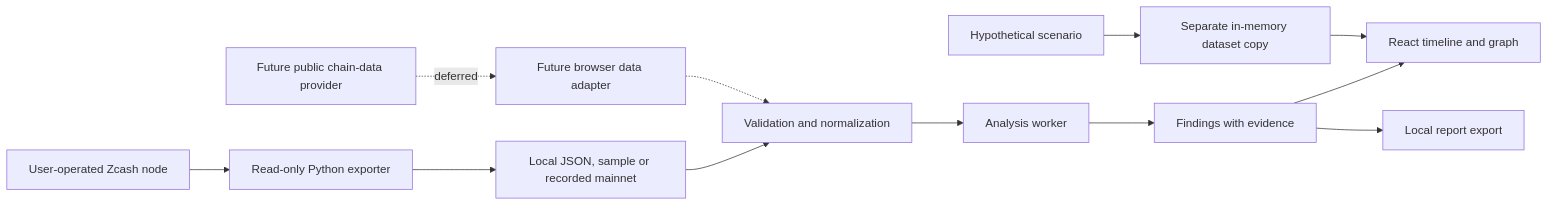
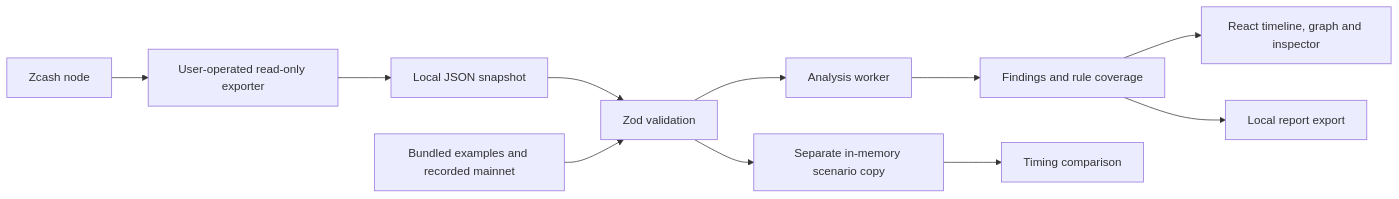
The diagram in ARCHITECTURE.md (techbone/Ostrakon), drawn with Mermaid before and after one commit. The commit also changed other lines of this file and 28 other files, not shown here.

````diff
--- a/ARCHITECTURE.md
+++ b/ARCHITECTURE.md
@@ -34,14 +9,13 @@
 ```mermaid
 flowchart LR
-  A[Future public chain-data provider] -. deferred .-> B[Future browser data adapter]
-  C[Local JSON, sample or recorded mainnet] --> D[Validation and normalization]
-  K[User-operated Zcash node] --> L[Read-only Python exporter]
-  L --> C
-  B -.-> D
-  D --> E[Analysis worker]
-  E --> F[Findings with evidence]
-  F --> G[React timeline and graph]
-  F --> H[Local report export]
-  I[Hypothetical scenario] --> J[Separate in-memory dataset copy]
-  J --> G
+  N[Zcash node] --> X[User-operated read-only exporter]
+  X --> J[Local JSON snapshot]
+  J --> V[Zod validation]
+  B[Bundled examples and recorded mainnet] --> V
+  V --> W[Analysis worker]
+  W --> F[Findings and rule coverage]
+  F --> U[React timeline, graph and inspector]
+  F --> R[Local report export]
+  V --> C[Separate in-memory scenario copy]
+  C --> S[Timing comparison]
 ```
````
